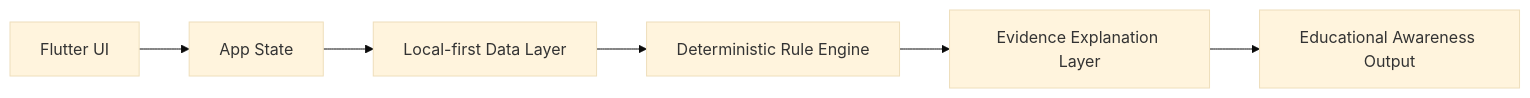
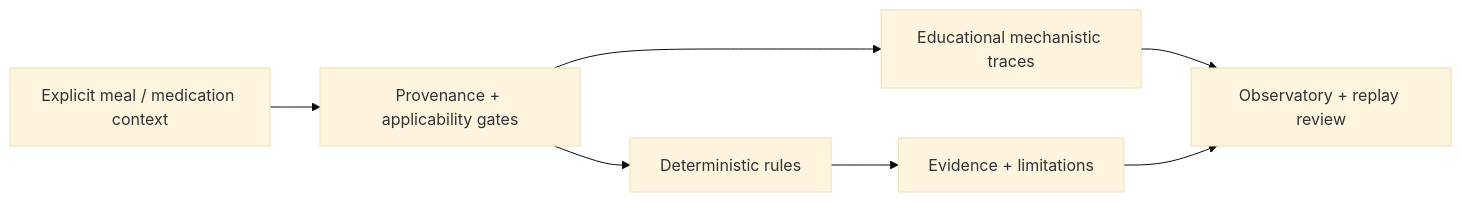
Before and after one commit to albertzhzhou-droid/ParkinSUM: the diagram in README.md, drawn with Mermaid (base theme). The commit also changed other lines of this file and 877 other files, not shown here.

````diff
--- a/README.md
+++ b/README.md
@@ -325,15 +128,9 @@
 ```mermaid
 flowchart LR
-  UI["Flutter UI"]
-  State["App State"]
-  Data["Local-first Data Layer"]
-  Rules["Deterministic Rule Engine"]
-  Evidence["Evidence Explanation Layer"]
-  Output["Educational Awareness Output"]
-
-  UI --> State
-  State --> Data
-  Data --> Rules
-  Rules --> Evidence
-  Evidence --> Output
+  Context["Explicit meal / medication context"] --> Gate["Provenance + applicability gates"]
+  Gate --> Rules["Deterministic rules"]
+  Rules --> Explain["Evidence + limitations"]
+  Gate --> Model["Educational mechanistic traces"]
+  Model --> Review["Observatory + replay review"]
+  Explain --> Review
 ```
````
